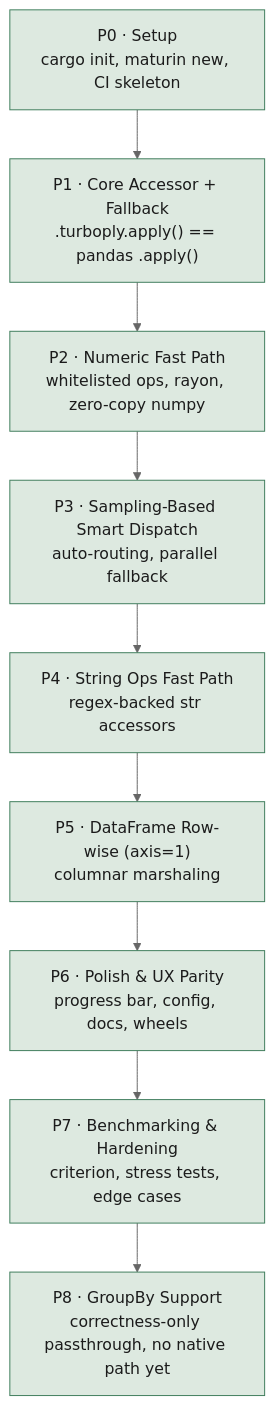
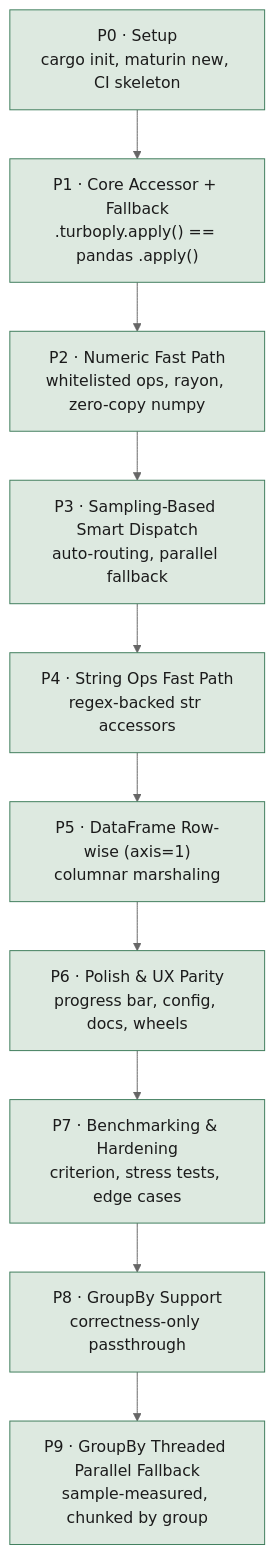
The diagram in claude.md (P-Sudhakar-tech/FastApply), drawn with Mermaid (neutral theme) before and after one commit. The commit also changed other lines of this file and 4 other files, not shown here.

````diff
--- a/claude.md
+++ b/claude.md
@@ -142,17 +145,18 @@
 ```mermaid
 flowchart TD
     P0["P0 · Setup\ncargo init, maturin new, CI skeleton"] --> P1
     P1["P1 · Core Accessor + Fallback\n.turboply.apply() == pandas .apply()"] --> P2
     P2["P2 · Numeric Fast Path\nwhitelisted ops, rayon, zero-copy numpy"] --> P3
     P3["P3 · Sampling-Based Smart Dispatch\nauto-routing, parallel fallback"] --> P4
     P4["P4 · String Ops Fast Path\nregex-backed str accessors"] --> P5
     P5["P5 · DataFrame Row-wise (axis=1)\ncolumnar marshaling"] --> P6
     P6["P6 · Polish & UX Parity\nprogress bar, config, docs, wheels"] --> P7
     P7["P7 · Benchmarking & Hardening\ncriterion, stress tests, edge cases"] --> P8
-    P8["P8 · GroupBy Support\ncorrectness-only passthrough, no native path yet"]
+    P8["P8 · GroupBy Support\ncorrectness-only passthrough"] --> P9
+    P9["P9 · GroupBy Threaded Parallel Fallback\nsample-measured, chunked by group"]
 
     classDef done fill:#dde9e0,stroke:#3f7d5c,color:#1b1b1b;
     classDef next fill:#f0dcd0,stroke:#b8441f,color:#1b1b1b;
     classDef planned fill:#eae5db,stroke:#9c9284,color:#1b1b1b;
-    class P0,P1,P2,P3,P4,P5,P6,P7,P8 done;
+    class P0,P1,P2,P3,P4,P5,P6,P7,P8,P9 done;
 ```
````
